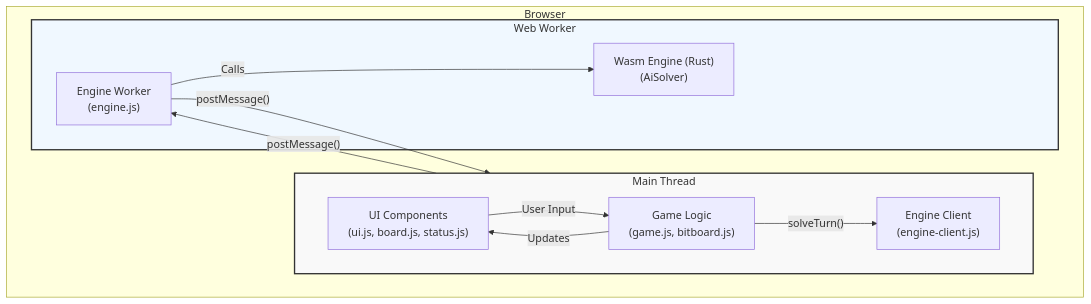
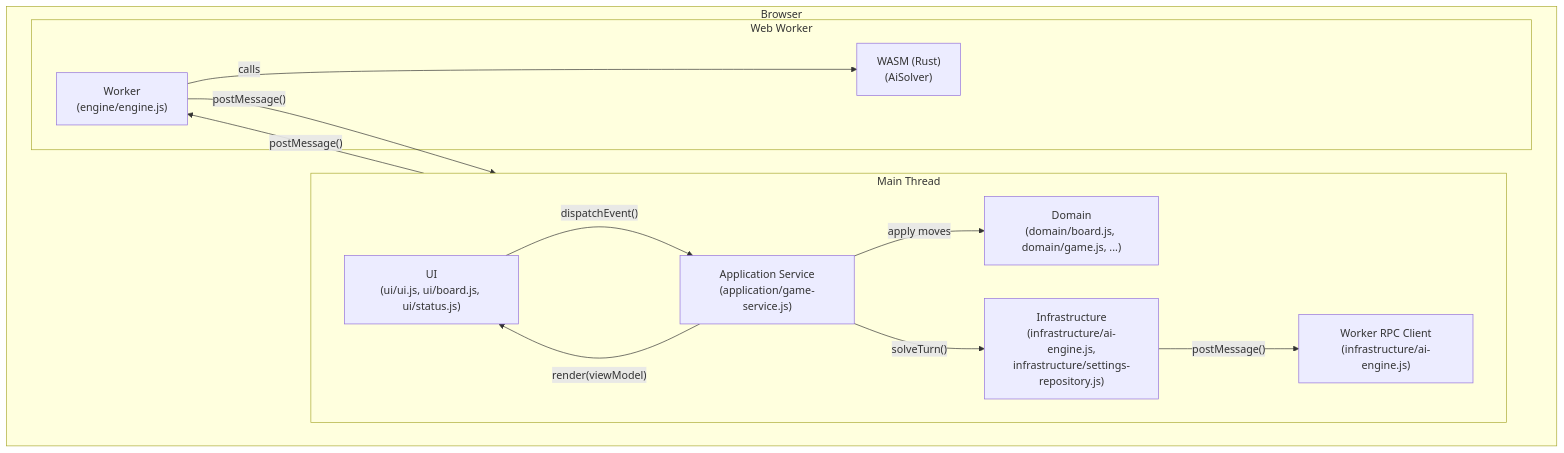
One commit to ikepggthb/deft-reversi changed the first of 2 diagrams in deft-reversi-web/docs/architecture.md. Above: the diagram before and after it, drawn with Mermaid. The commit also changed other lines of this file and 24 other files, not shown here.

````diff
--- a/deft-reversi-web/docs/architecture.md
+++ b/deft-reversi-web/docs/architecture.md
@@ -19,28 +17,28 @@
 ```mermaid
 graph TD
-    subgraph Browser
-        subgraph MainThread [Main Thread]
-            direction LR
-            UIComponents["UI Components<br>(ui.js, board.js, status.js)"]
-            GameLogic["Game Logic<br>(game.js, bitboard.js)"]
-            EngineClient["Engine Client<br>(engine-client.js)"]
+  subgraph Browser
+    subgraph MainThread[Main Thread]
+      direction LR
+      UIComponents["UI<br>(ui/ui.js, ui/board.js, ui/status.js)"]
+      AppService["Application Service<br>(application/game-service.js)"]
+      Domain["Domain<br>(domain/board.js, domain/game.js, ...)"]
+      Infra["Infrastructure<br>(infrastructure/ai-engine.js,<br>infrastructure/settings-repository.js)"]
+      EngineClient["Worker RPC Client<br>(infrastructure/ai-engine.js)"]
 
-            UIComponents -- "User Input" --> GameLogic
-            GameLogic -- "Updates" --> UIComponents
-            GameLogic -- "solveTurn()" --> EngineClient
-        end
-
-        subgraph WorkerThread [Web Worker]
-            EngineWorker["Engine Worker<br>(engine.js)"]
-            WasmEngine["Wasm Engine (Rust)<br>(AiSolver)"]
-
-            EngineWorker -- "Calls" --> WasmEngine
-        end
-
-        EngineClient -- "postMessage()" --> EngineWorker
-        EngineWorker -- "postMessage()" --> EngineClient
+      UIComponents -- "dispatchEvent()" --> AppService
+      AppService -- "apply moves" --> Domain
+      AppService -- "render(viewModel)" --> UIComponents
+      AppService -- "solveTurn()" --> Infra
+      Infra -- "postMessage()" --> EngineClient
     end
 
-    style MainThread fill:#f9f9f9,stroke:#333,stroke-width:2px
-    style WorkerThread fill:#f0f8ff,stroke:#333,stroke-width:2px
+    subgraph WorkerThread[Web Worker]
+      EngineWorker["Worker<br>(engine/engine.js)"]
+      WasmEngine["WASM (Rust)<br>(AiSolver)"]
+      EngineWorker -- "calls" --> WasmEngine
+    end
+
+    EngineClient -- "postMessage()" --> EngineWorker
+    EngineWorker -- "postMessage()" --> EngineClient
+  end
 ```
````
